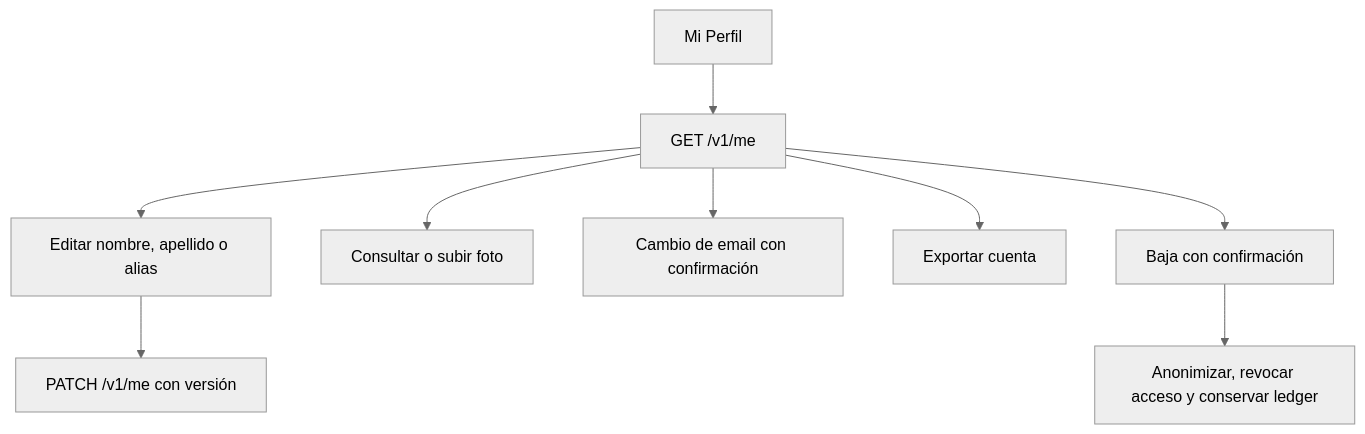
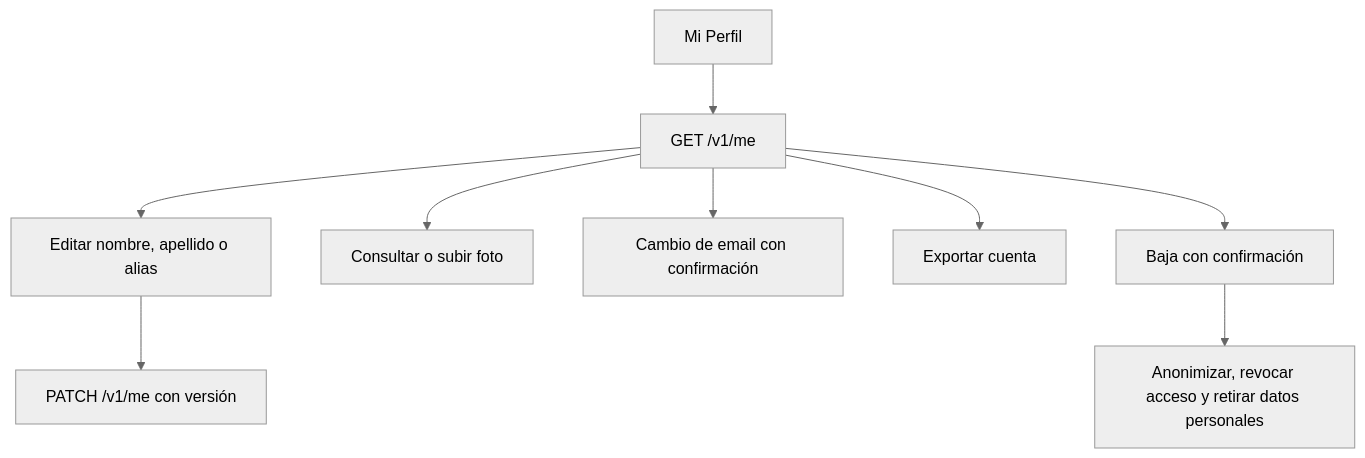
Before and after one commit to gagonzalez1/puntazo-docs: the diagram in docs/flows/24-customer-profile.md, drawn with Mermaid (neutral theme). The commit also changed other lines of this file and 1 other file, not shown here.

````diff
--- a/docs/flows/24-customer-profile.md
+++ b/docs/flows/24-customer-profile.md
@@ -17,11 +17,11 @@
 ```mermaid
 flowchart TD
  P[Mi Perfil] --> ME[GET /v1/me]
  ME --> E[Editar nombre, apellido o alias]
  E --> U[PATCH /v1/me con versión]
  ME --> F[Consultar o subir foto]
  ME --> C[Cambio de email con confirmación]
  ME --> X[Exportar cuenta]
  ME --> D[Baja con confirmación]
- D --> B[Anonimizar, revocar acceso y conservar ledger]
+ D --> B[Anonimizar, revocar acceso y retirar datos personales]
 ```
````
